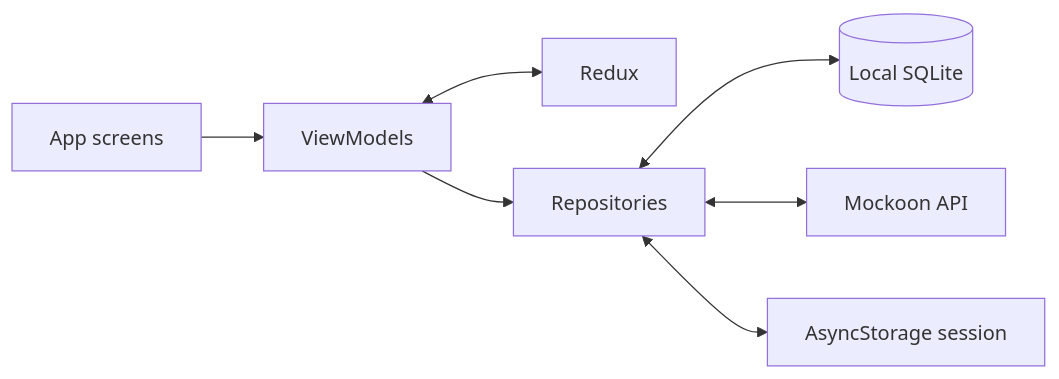
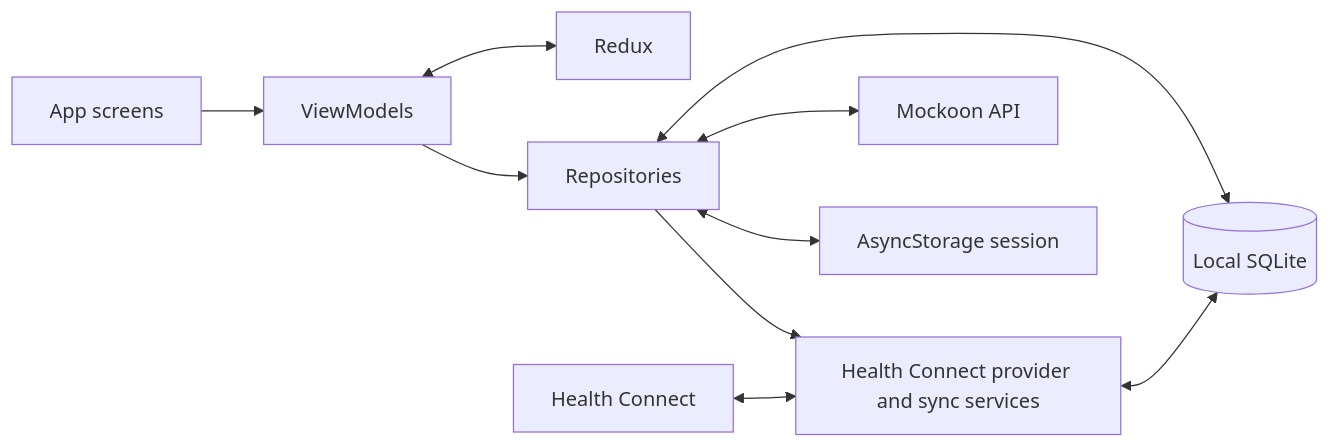
One commit to Vyshakhcs1/TrackIt changed the diagram in README.md. Above: the diagram before and after it, drawn with Mermaid. The commit also changed other lines of this file and 35 other files, not shown here.

````diff
--- a/README.md
+++ b/README.md
@@ -84,9 +86,12 @@
 ```mermaid
 flowchart LR
    Screens[App screens] --> ViewModels
    ViewModels <--> Redux
    ViewModels --> Repositories
    Repositories <--> SQLite[(Local SQLite)]
    Repositories <--> API[Mockoon API]
    Repositories <--> Session[AsyncStorage session]
+   HealthConnect[Health Connect] <--> HealthServices[Health Connect provider and sync services]
+   HealthServices <--> SQLite
+   Repositories --> HealthServices
 ```
````
